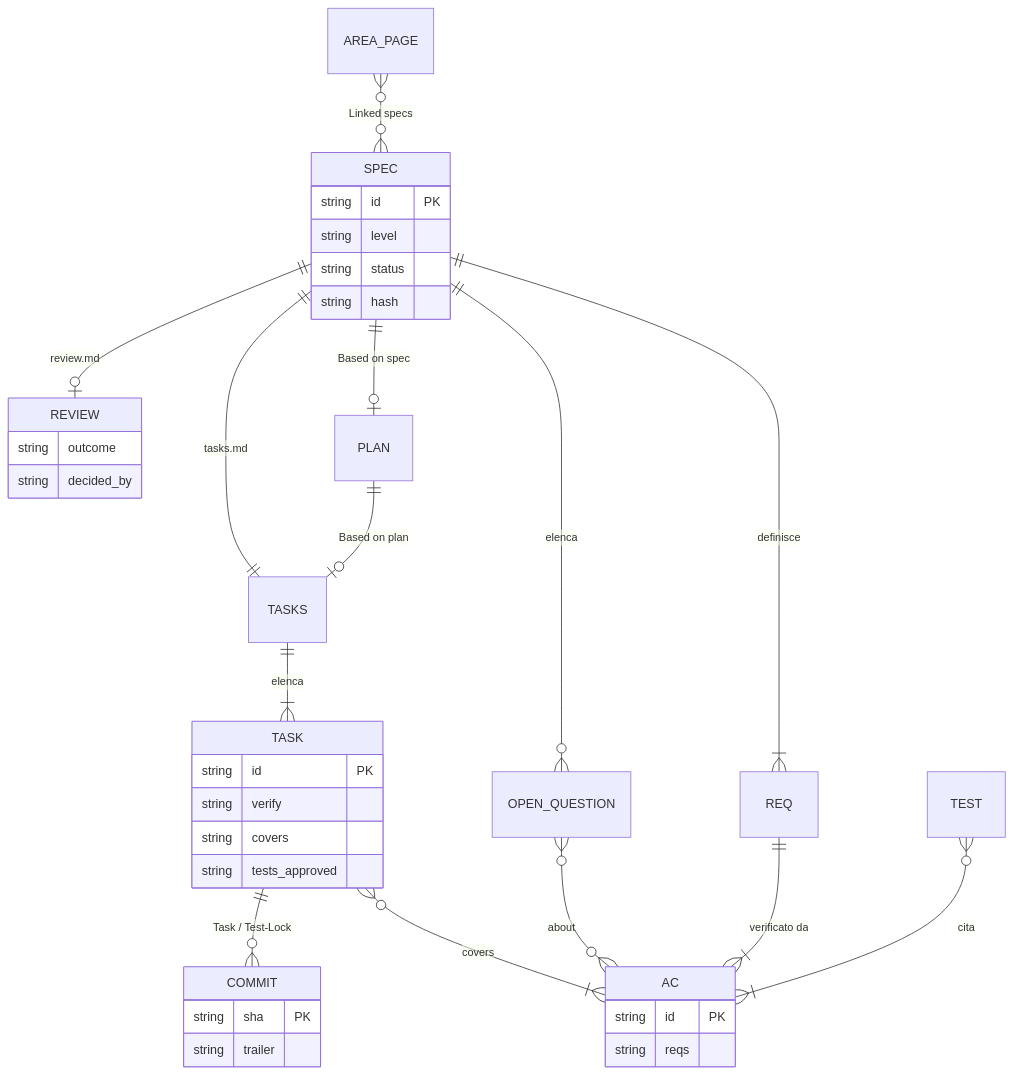
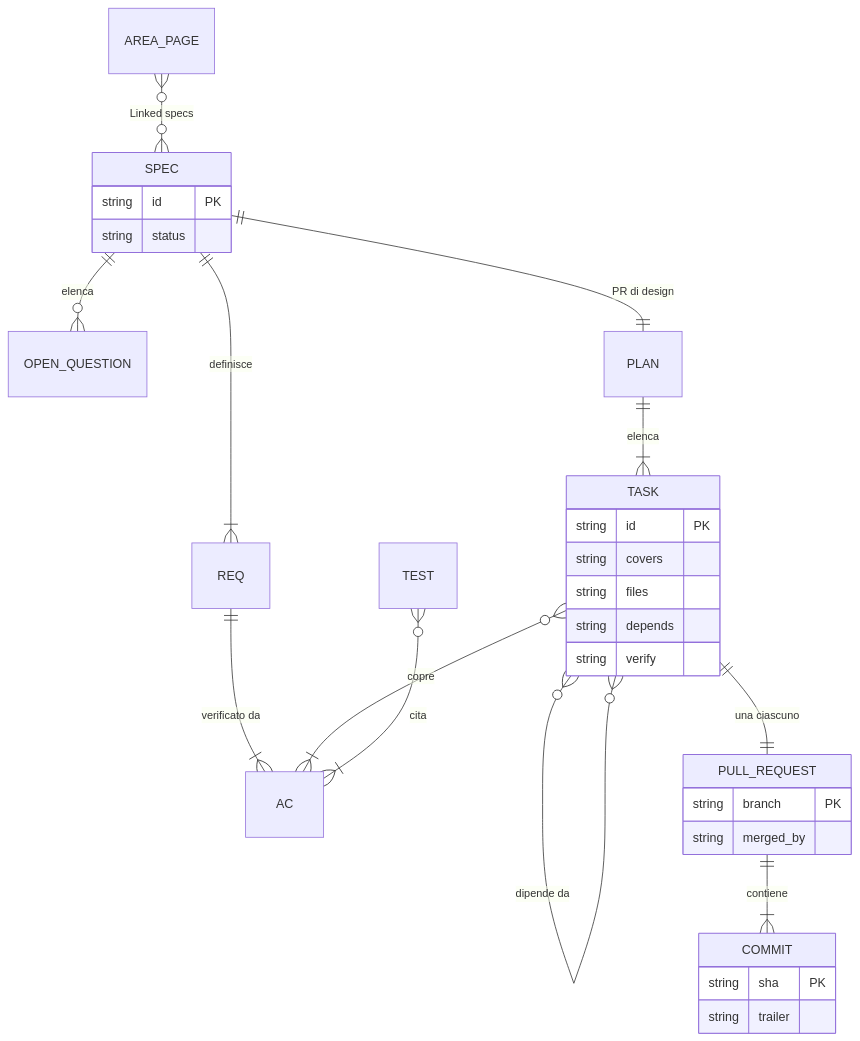
One commit to jumping2000/sdd-playbook changed the second of 2 diagrams in docs/architecture_IT.md. Above: the diagram before and after it, drawn with Mermaid. The commit also changed other lines of this file and 16 other files, not shown here.

````diff
--- a/docs/architecture_IT.md
+++ b/docs/architecture_IT.md
@@ -207,40 +135,33 @@
 ```mermaid
 erDiagram
     SPEC ||--|{ REQ : definisce
     REQ ||--|{ AC : "verificato da"
     SPEC ||--o{ OPEN_QUESTION : elenca
-    OPEN_QUESTION }o--o{ AC : about
-    SPEC ||--o| PLAN : "Based on spec"
-    SPEC ||--|| TASKS : "tasks.md"
-    PLAN ||--o| TASKS : "Based on plan"
-    TASKS ||--|{ TASK : elenca
-    TASK }o--|{ AC : covers
-    TASK ||--o{ COMMIT : "Task / Test-Lock"
+    SPEC ||--|| PLAN : "PR di design"
+    PLAN ||--|{ TASK : elenca
+    TASK }o--|{ AC : copre
+    TASK }o--o{ TASK : "dipende da"
+    TASK ||--|| PULL_REQUEST : "una ciascuno"
+    PULL_REQUEST ||--|{ COMMIT : contiene
     TEST }o--|{ AC : cita
-    SPEC ||--o| REVIEW : "review.md"
     AREA_PAGE }o--o{ SPEC : "Linked specs"
     SPEC {
         string id PK
-        string level
         string status
-        string hash
-    }
-    AC {
-        string id PK
-        string reqs
     }
     TASK {
         string id PK
+        string covers
+        string files
+        string depends
         string verify
-        string covers
-        string tests_approved
     }
     COMMIT {
         string sha PK
         string trailer
     }
-    REVIEW {
-        string outcome
-        string decided_by
+    PULL_REQUEST {
+        string branch PK
+        string merged_by
     }
 ```
````
